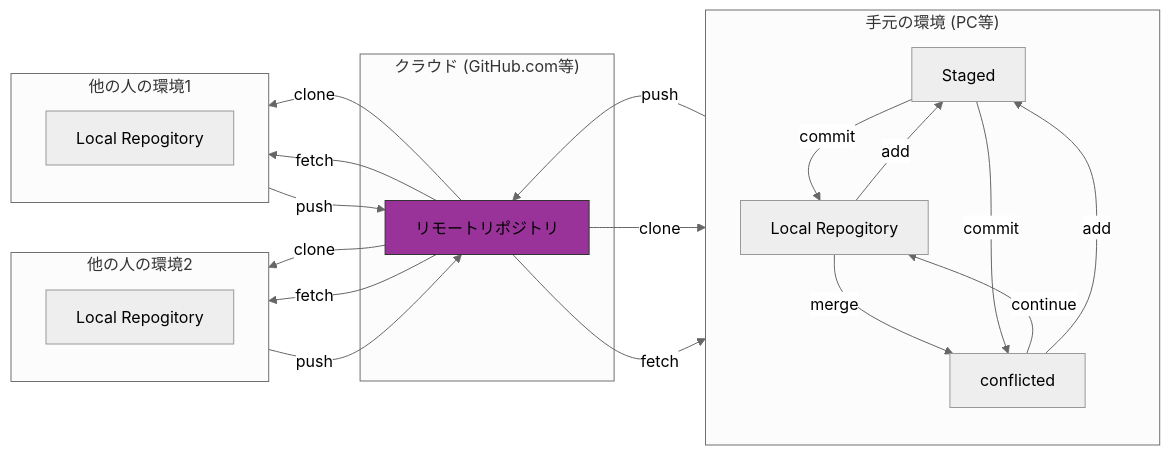
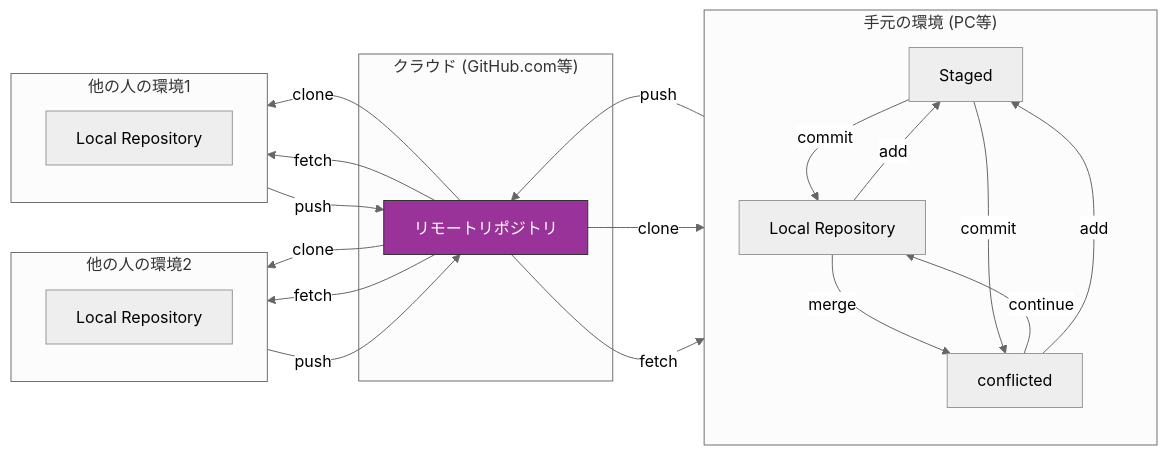
One commit to m-ymzk/textbook changed the diagram in README.md. Above: the diagram before and after it, drawn with Mermaid (neutral theme). The commit also changed other lines of this file, not shown here.

````diff
--- a/README.md
+++ b/README.md
@@ -28,48 +44,48 @@
 ```mermaid
 graph RL
 	%% Remote repositories
 	subgraph CR["クラウド (GitHub.com等)"]
-	REM["リモートリポジトリ"]
-    end
+		REM["リモートリポジトリ"]
+	end
 
 	%% Local PC2 area
 	subgraph PC2["他の人の環境2"]
 		direction TB
-		LREP2["Local Repogitory"]
+		LREP2["Local Repository"]
 	end
 
 	%% Local PC1 area
 	subgraph PC1["他の人の環境1"]
 		direction TB
-		LREP1["Local Repogitory"]
+		LREP1["Local Repository"]
 	end
 
 	%% Local PC area
 	subgraph PC["手元の環境 (PC等)"]
 		direction TB
 		IDX["Staged"]
 		MGX["conflicted"]
-		LREP["Local Repogitory"]
+		LREP["Local Repository"]
 	end
 
 	%% Commands between components
 	REM -->|clone| LREP
 	REM -->|fetch| LREP
 	LREP -->|push| REM
 	REM -->|clone| LREP2
 	REM -->|fetch| LREP2
 	LREP2 -->|push| REM
 	REM -->|clone| LREP1
 	REM -->|fetch| LREP1
 	LREP1 -->|push| REM
 	LREP -->|add| IDX
 	IDX -->|commit| LREP
 	LREP -->|merge| MGX
 	MGX -->|continue| LREP
 	MGX -->|add| IDX
 	IDX -->|commit| MGX
 
 	%% Notes style
-	classDef note fill:#939,stroke:#333,stroke-width:1px;
-	class REM,REMS note
+	classDef note fill:#939,stroke:#333,stroke-width:1px,color:#fff;
+	class REM note
 ```
````
